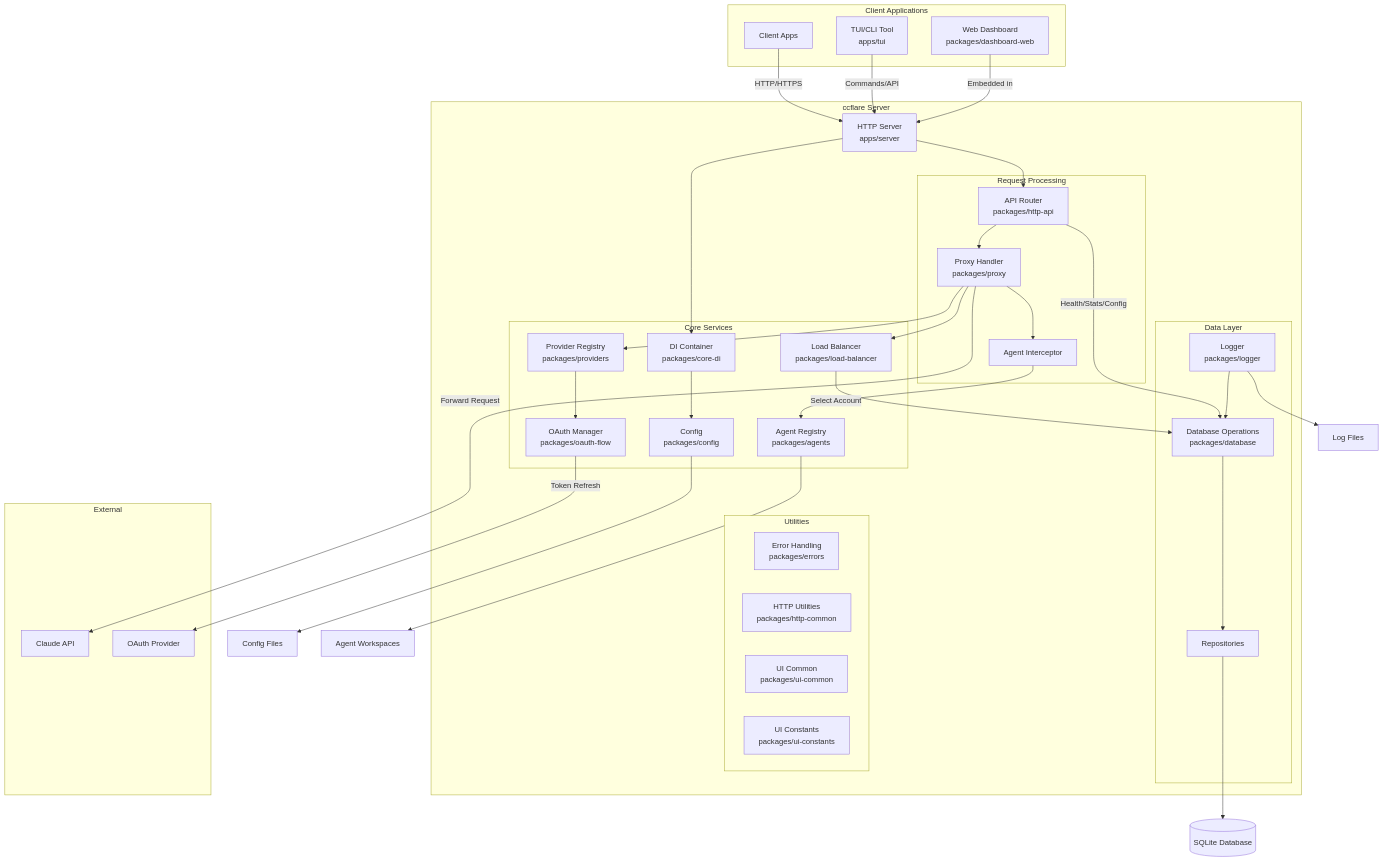
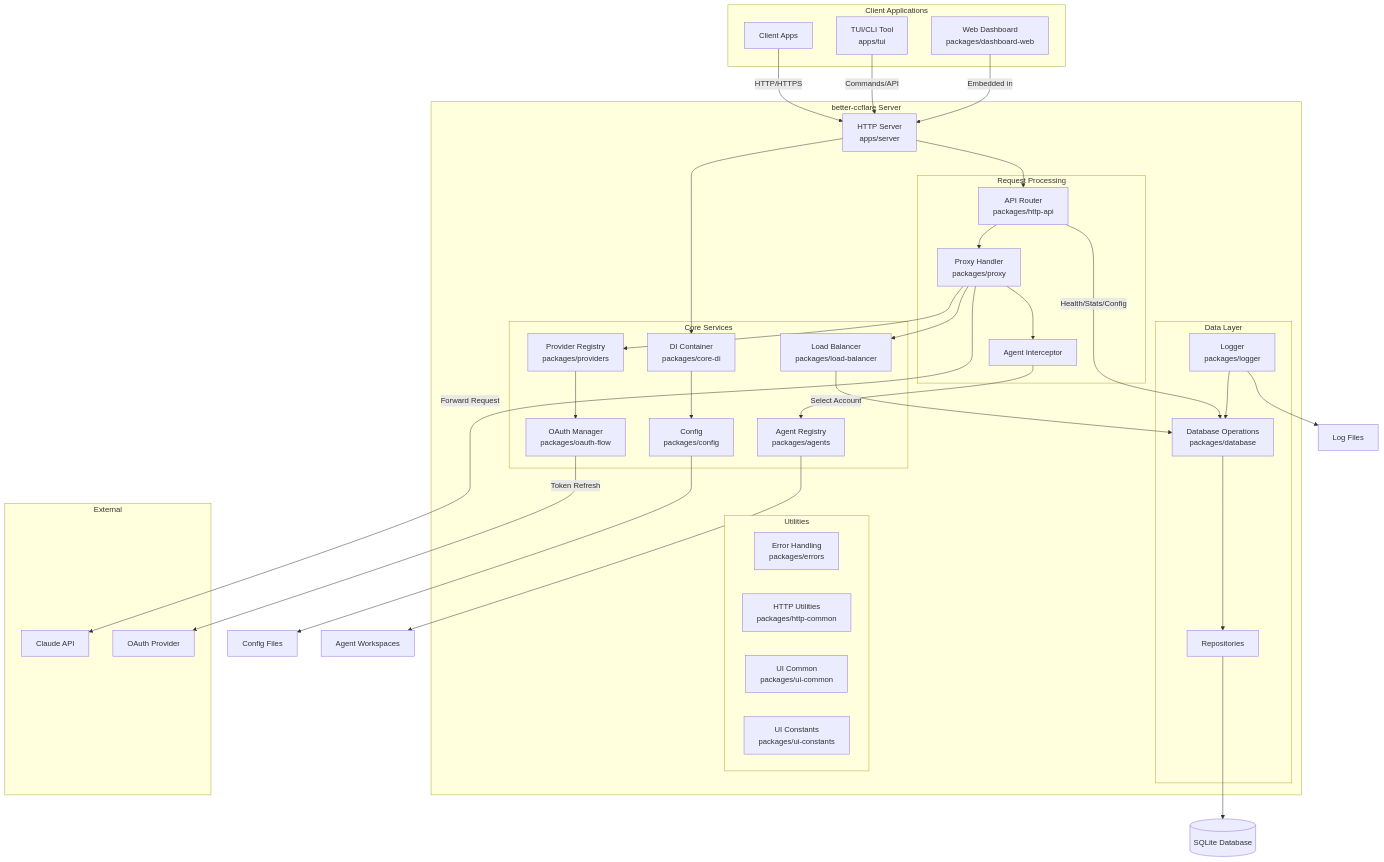
One commit to tombii/better-ccflare changed the second of 25 diagrams in docs/architecture.md. Above: the diagram before and after it, drawn with Mermaid. The commit also changed other lines of this file and 23 other files, not shown here.

````diff
--- a/docs/architecture.md
+++ b/docs/architecture.md
@@ -59,82 +59,82 @@
 ```mermaid
 graph TB
     %% Client Layer
     subgraph "Client Applications"
         CA[Client Apps]
         TUI[TUI/CLI Tool<br/>apps/tui]
         WEB[Web Dashboard<br/>packages/dashboard-web]
     end
 
     %% API Gateway Layer
-    subgraph "ccflare Server"
+    subgraph "better-ccflare Server"
         SERVER[HTTP Server<br/>apps/server]
         
         subgraph "Request Processing"
             ROUTER[API Router<br/>packages/http-api]
             PROXY[Proxy Handler<br/>packages/proxy]
             INTERCEPT[Agent Interceptor]
         end
         
         subgraph "Core Services"
             LB[Load Balancer<br/>packages/load-balancer]
             PROV[Provider Registry<br/>packages/providers]
             AUTH[OAuth Manager<br/>packages/oauth-flow]
             AGENTS[Agent Registry<br/>packages/agents]
             DI[DI Container<br/>packages/core-di]
             CFG[Config<br/>packages/config]
         end
         
         subgraph "Data Layer"
             DB[Database Operations<br/>packages/database]
             REPOS[Repositories]
             LOGGER[Logger<br/>packages/logger]
         end
         
         subgraph "Utilities"
             ERRORS[Error Handling<br/>packages/errors]
             HTTP[HTTP Utilities<br/>packages/http-common]
             UI_COMMON[UI Common<br/>packages/ui-common]
             UI_CONST[UI Constants<br/>packages/ui-constants]
         end
     end
 
     %% External Services
     subgraph "External"
         CLAUDE[Claude API]
         OAUTH[OAuth Provider]
     end
 
     %% Storage
     SQLITE[(SQLite Database)]
     LOGS[Log Files]
     CONFIG[Config Files]
     WORKSPACES[Agent Workspaces]
 
     %% Connections
     CA -->|HTTP/HTTPS| SERVER
     TUI -->|Commands/API| SERVER
     WEB -->|Embedded in| SERVER
     
     SERVER --> ROUTER
     SERVER --> DI
     DI --> CFG
     CFG --> CONFIG
     ROUTER --> PROXY
     ROUTER -->|Health/Stats/Config| DB
     
     PROXY --> INTERCEPT
     INTERCEPT --> AGENTS
     AGENTS --> WORKSPACES
     PROXY --> LB
     LB -->|Select Account| DB
     PROXY --> PROV
     PROV --> AUTH
     
     PROXY -->|Forward Request| CLAUDE
     AUTH -->|Token Refresh| OAUTH
     
     DB --> REPOS
     REPOS --> SQLITE
     LOGGER --> LOGS
     LOGGER --> DB
 ```
````
